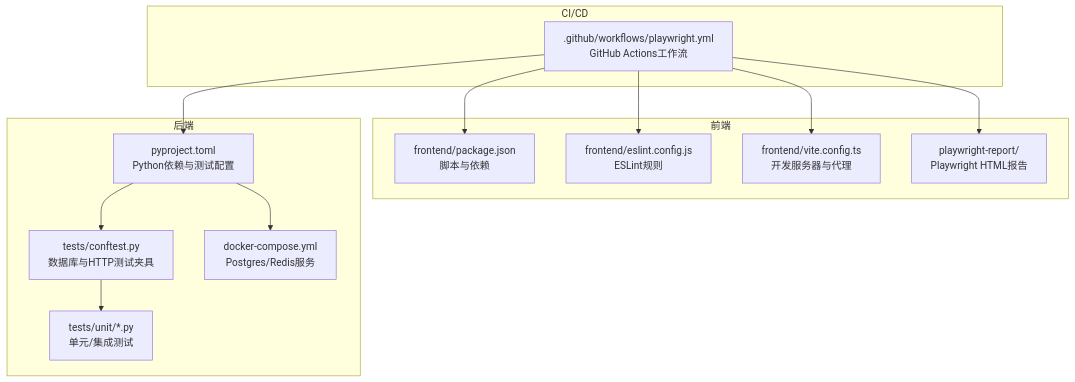
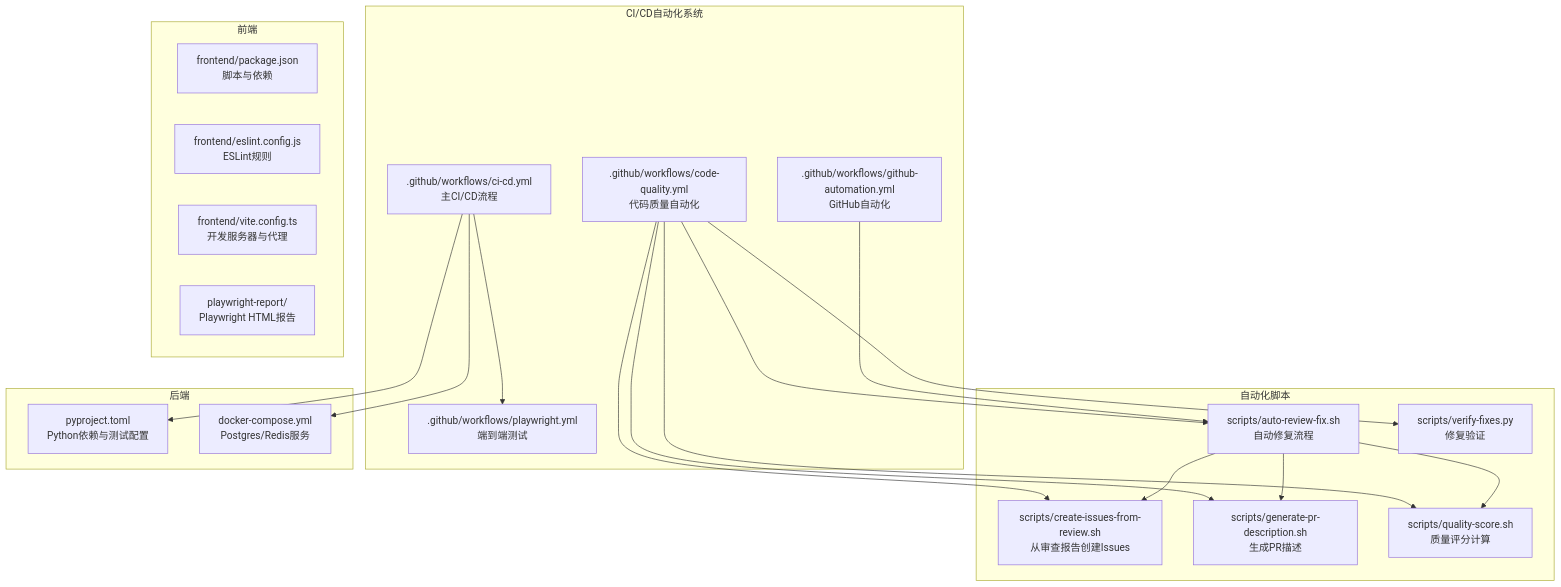
The first of 4 diagrams in .qoder/repowiki/zh/content/部署与运维/CI_CD持续集成流水线.md (xfbyxq/ai-novel-system), drawn with Mermaid before and after one commit. The commit also changed other lines of this file and 8 other files, not shown here.

````diff
--- a/.qoder/repowiki/zh/content/部署与运维/CI_CD持续集成流水线.md
+++ b/.qoder/repowiki/zh/content/部署与运维/CI_CD持续集成流水线.md
@@ -48,26 +58,38 @@
 ```mermaid
 graph TB
-subgraph "CI/CD"
-GHA[".github/workflows/playwright.yml<br/>GitHub Actions工作流"]
+subgraph "CI/CD自动化系统"
+GHA_CODE[".github/workflows/code-quality.yml<br/>代码质量自动化"]
+GHA_CI[".github/workflows/ci-cd.yml<br/>主CI/CD流程"]
+GHA_GITHUB[".github/workflows/github-automation.yml<br/>GitHub自动化"]
+END_TO_END[".github/workflows/playwright.yml<br/>端到端测试"]
+end
+subgraph "自动化脚本"
+SCRIPT_CREATE["scripts/create-issues-from-review.sh<br/>从审查报告创建Issues"]
+SCRIPT_PR["scripts/generate-pr-description.sh<br/>生成PR描述"]
+SCRIPT_AUTO["scripts/auto-review-fix.sh<br/>自动修复流程"]
+SCRIPT_QUALITY["scripts/quality-score.sh<br/>质量评分计算"]
+SCRIPT_VERIFY["scripts/verify-fixes.py<br/>修复验证"]
 end
 subgraph "前端"
 FE_PKG["frontend/package.json<br/>脚本与依赖"]
 FE_ESLINT["frontend/eslint.config.js<br/>ESLint规则"]
 FE_VITE["frontend/vite.config.ts<br/>开发服务器与代理"]
 PW_REPORT["playwright-report/<br/>Playwright HTML报告"]
 end
 subgraph "后端"
 PY_TOML["pyproject.toml<br/>Python依赖与测试配置"]
-TEST_CONFTEST["tests/conftest.py<br/>数据库与HTTP测试夹具"]
-UNIT_TESTS["tests/unit/*.py<br/>单元/集成测试"]
-DB_DOCKER["docker-compose.yml<br/>Postgres/Redis服务"]
+DOCKER_COMPOSE["docker-compose.yml<br/>Postgres/Redis服务"]
 end
-GHA --> FE_PKG
-GHA --> FE_ESLINT
-GHA --> FE_VITE
-GHA --> PW_REPORT
-GHA --> PY_TOML
-PY_TOML --> TEST_CONFTEST
-TEST_CONFTEST --> UNIT_TESTS
-PY_TOML --> DB_DOCKER
+GHA_CODE --> SCRIPT_CREATE
+GHA_CODE --> SCRIPT_PR
+GHA_CODE --> SCRIPT_AUTO
+GHA_CODE --> SCRIPT_QUALITY
+GHA_CODE --> SCRIPT_VERIFY
+GHA_CI --> END_TO_END
+GHA_CI --> PY_TOML
+GHA_CI --> DOCKER_COMPOSE
+GHA_GITHUB --> SCRIPT_AUTO
+SCRIPT_AUTO --> SCRIPT_PR
+SCRIPT_AUTO --> SCRIPT_CREATE
+SCRIPT_AUTO --> SCRIPT_QUALITY
 ```
````
